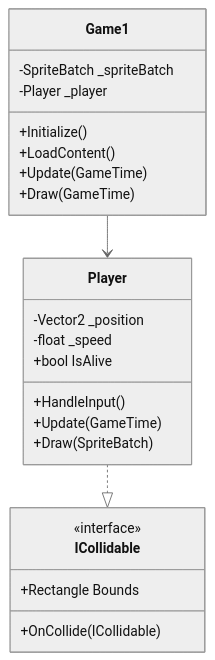
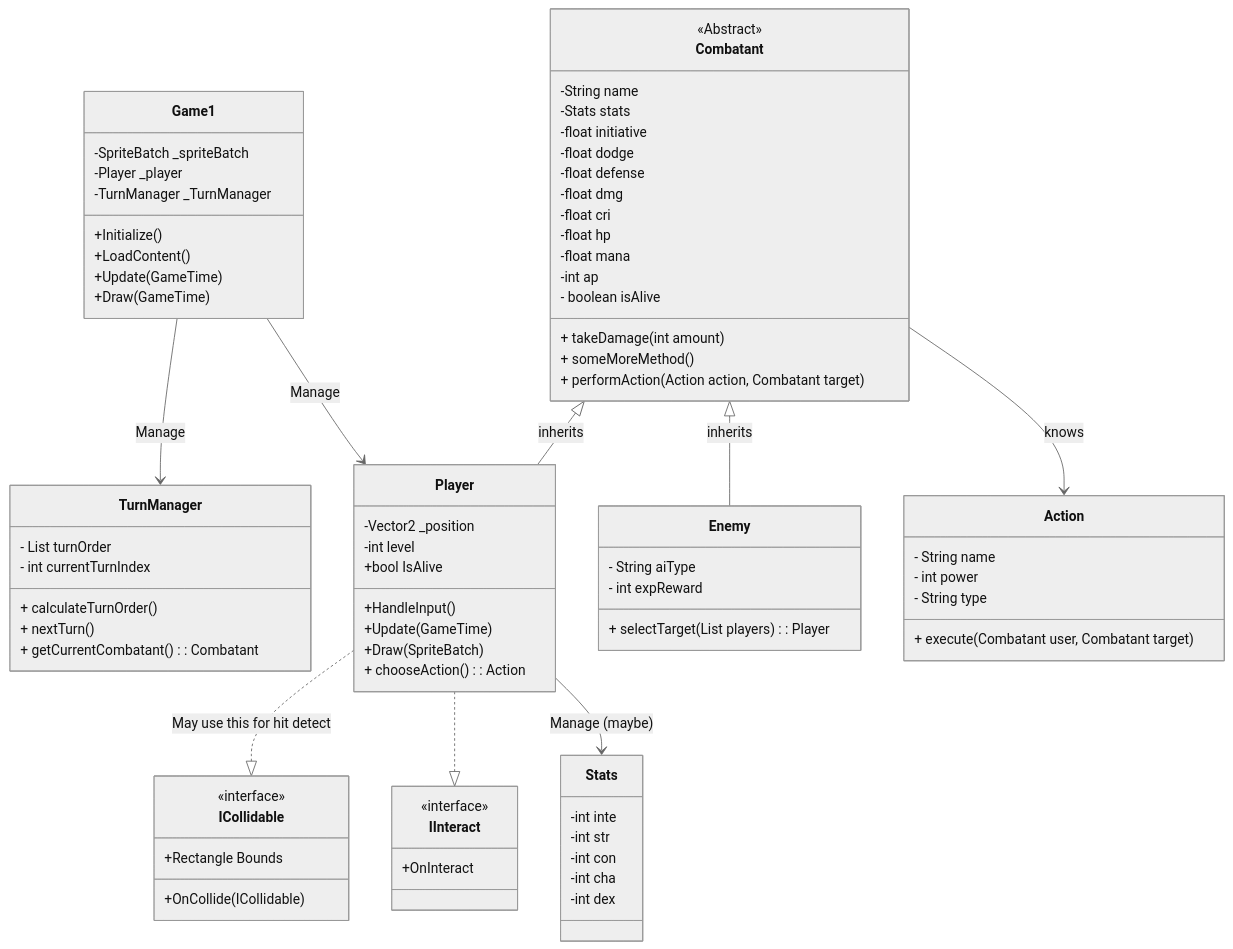
Before and after one commit to rastrelligr/morthodkai-inc-aac-rip-off-: the diagram in 04-class-diagram-1.md, drawn with Mermaid (neutral theme). The commit also changed other lines of this file, not shown here.

Commit message:
Update class diagram with additional classes and relationships for game mechanics

````diff
--- a/04-class-diagram-1.md
+++ b/04-class-diagram-1.md
@@ -9,26 +8,80 @@
 ```mermaid
 classDiagram
     class Game1 {
         -SpriteBatch _spriteBatch
         -Player _player
+	-TurnManager _TurnManager 
         +Initialize()
         +LoadContent()
         +Update(GameTime)
         +Draw(GameTime)
     }
+    class Stats{
+        -int inte
+	-int str
+	-int con
+	-int cha
+	-int dex
+    }
+    class TurnManager {
+        - List<Combatant> turnOrder
+        - int currentTurnIndex
+        + calculateTurnOrder()
+        + nextTurn()
+        + getCurrentCombatant() : Combatant
+    }
+    class Combatant {
+        <<Abstract>>
+        -String name
+        -Stats stats
+	-float initiative
+        -float dodge
+	-float defense
+	-float dmg
+	-float cri
+	-float hp
+	-float mana
+	-int ap
+        - boolean isAlive
+        + takeDamage(int amount)
+        + someMoreMethod ()
+        + performAction(Action action, Combatant target)
+    }
     class Player {
         -Vector2 _position
-        -float _speed
+	-int level
         +bool IsAlive
         +HandleInput()
         +Update(GameTime)
         +Draw(SpriteBatch)
+	+ chooseAction() : Action
+    }
+    class Enemy {
+        - String aiType
+        - int expReward
+        + selectTarget(List<Player> players) : Player
+    }
+    class Action {
+        - String name
+        - int power
+        - String type
+        + execute(Combatant user, Combatant target)
     }
     class ICollidable {
         <<interface>>
         +Rectangle Bounds
         +OnCollide(ICollidable)
     }
-    Game1 --> Player
-    Player ..|> ICollidable
+    class IInteract {
+        <<interface>>
+        +OnInteract
+    }
+    Game1 --> Player : Manage
+    Game1 --> TurnManager : Manage
+    Player ..|> ICollidable : May use this for hit detect
+    Player ..|> IInteract 
+    Player --> Stats : Manage (maybe)
+    Combatant <|-- Player : inherits
+    Combatant <|-- Enemy : inherits
+    Combatant --> Action : knows
 ```
````
